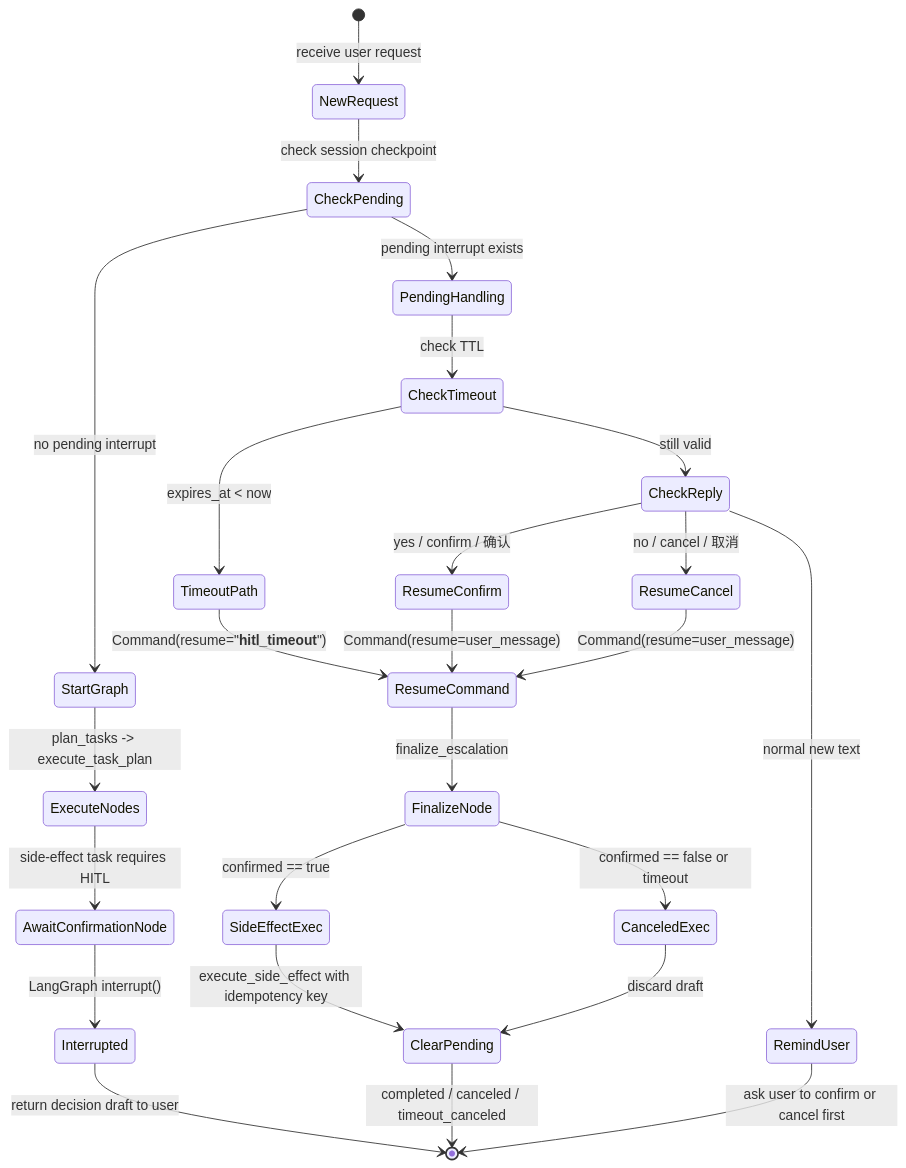
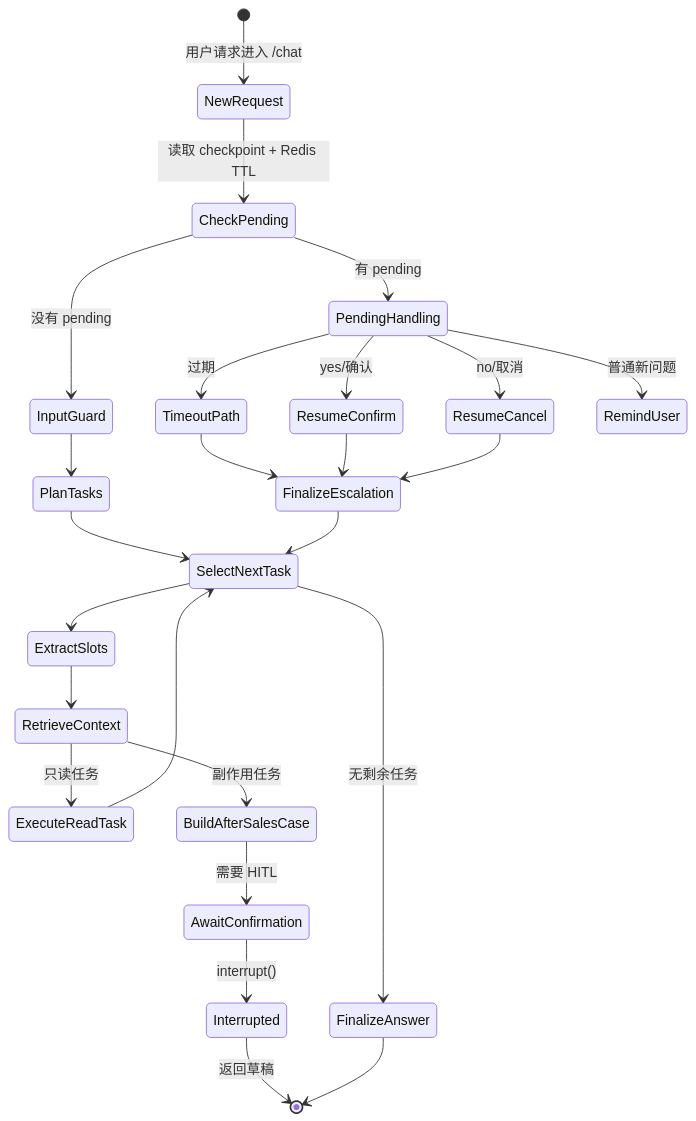
One commit to bigfish-emily/commerce-support-agent changed the fourth of 6 diagrams in docs/ARCHITECTURE_DIAGRAMS.md. Above: the diagram before and after it, drawn with Mermaid. The commit also changed other lines of this file and 24 other files, not shown here.

````diff
--- a/docs/ARCHITECTURE_DIAGRAMS.md
+++ b/docs/ARCHITECTURE_DIAGRAMS.md
@@ -85,27 +110,27 @@
 ```mermaid
 stateDiagram-v2
-    [*] --> NewRequest: receive user request
-    NewRequest --> CheckPending: check session checkpoint
-    CheckPending --> StartGraph: no pending interrupt
-    CheckPending --> PendingHandling: pending interrupt exists
-    PendingHandling --> CheckTimeout: check TTL
-    CheckTimeout --> TimeoutPath: expires_at < now
-    CheckTimeout --> CheckReply: still valid
-    CheckReply --> ResumeConfirm: yes / confirm / 确认
-    CheckReply --> ResumeCancel: no / cancel / 取消
-    CheckReply --> RemindUser: normal new text
-    StartGraph --> ExecuteNodes: plan_tasks -> execute_task_plan
-    ExecuteNodes --> AwaitConfirmationNode: side-effect task requires HITL
-    AwaitConfirmationNode --> Interrupted: LangGraph interrupt()
-    Interrupted --> [*]: return decision draft to user
-    TimeoutPath --> ResumeCommand: Command(resume="__hitl_timeout__")
-    ResumeConfirm --> ResumeCommand: Command(resume=user_message)
-    ResumeCancel --> ResumeCommand: Command(resume=user_message)
-    ResumeCommand --> FinalizeNode: finalize_escalation
-    RemindUser --> [*]: ask user to confirm or cancel first
-    FinalizeNode --> SideEffectExec: confirmed == true
-    FinalizeNode --> CanceledExec: confirmed == false or timeout
-    SideEffectExec --> ClearPending: execute_side_effect with idempotency key
-    CanceledExec --> ClearPending: discard draft
-    ClearPending --> [*]: completed / canceled / timeout_canceled
+    [*] --> NewRequest: 用户请求进入 /chat
+    NewRequest --> CheckPending: 读取 checkpoint + Redis TTL
+    CheckPending --> InputGuard: 没有 pending
+    CheckPending --> PendingHandling: 有 pending
+    PendingHandling --> TimeoutPath: 过期
+    PendingHandling --> ResumeConfirm: yes/确认
+    PendingHandling --> ResumeCancel: no/取消
+    PendingHandling --> RemindUser: 普通新问题
+    InputGuard --> PlanTasks
+    PlanTasks --> SelectNextTask
+    SelectNextTask --> ExtractSlots
+    ExtractSlots --> RetrieveContext
+    RetrieveContext --> ExecuteReadTask: 只读任务
+    ExecuteReadTask --> SelectNextTask
+    RetrieveContext --> BuildAfterSalesCase: 副作用任务
+    BuildAfterSalesCase --> AwaitConfirmation: 需要 HITL
+    AwaitConfirmation --> Interrupted: interrupt()
+    Interrupted --> [*]: 返回草稿
+    TimeoutPath --> FinalizeEscalation
+    ResumeConfirm --> FinalizeEscalation
+    ResumeCancel --> FinalizeEscalation
+    FinalizeEscalation --> SelectNextTask
+    SelectNextTask --> FinalizeAnswer: 无剩余任务
+    FinalizeAnswer --> [*]
 ```
````
